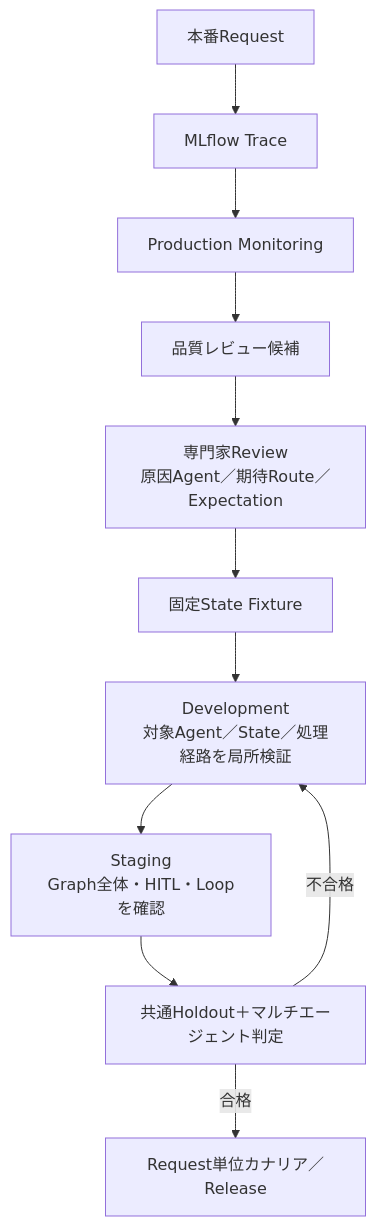
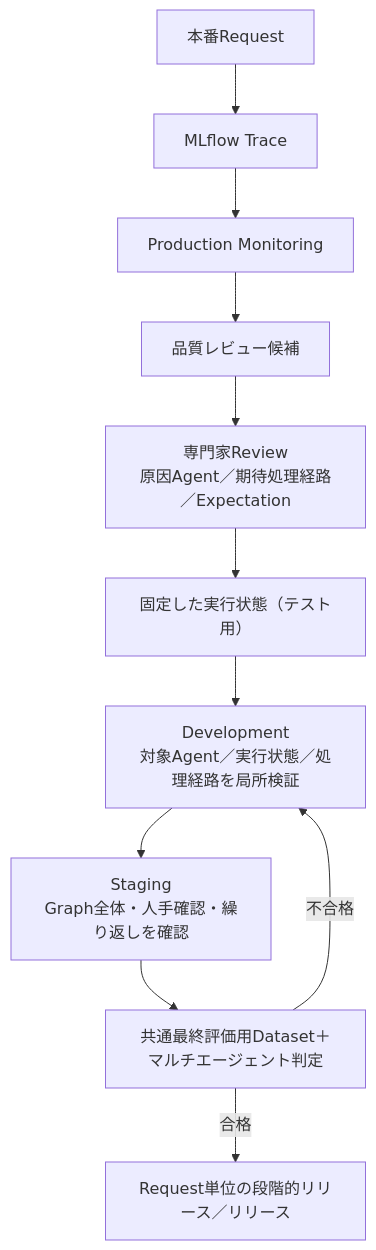
One commit to junTaniguchi/llm_ops changed diagram 18 of 18 in 技術レポート作成マルチエージェント_完成版.md. Above: the diagram before and after it, drawn with Mermaid. The commit also changed other lines of this file, not shown here.

````diff
--- a/技術レポート作成マルチエージェント_完成版.md
+++ b/技術レポート作成マルチエージェント_完成版.md
@@ -2950,13 +3284,13 @@
 ```mermaid
 flowchart TD
     P["本番Request"] --> T["MLflow Trace"]
     T --> M["Production Monitoring"]
     M --> Q["品質レビュー候補"]
-    Q --> R["専門家Review<br/>原因Agent／期待Route／Expectation"]
-    R --> F["固定State Fixture"]
-    F --> D["Development<br/>対象Agent／State／処理経路を局所検証"]
-    D --> S["Staging<br/>Graph全体・HITL・Loopを確認"]
-    S --> G["共通Holdout＋マルチエージェント判定"]
-    G -->|合格| C["Request単位カナリア／Release"]
+    Q --> R["専門家Review<br/>原因Agent／期待処理経路／Expectation"]
+    R --> F["固定した実行状態（テスト用）"]
+    F --> D["Development<br/>対象Agent／実行状態／処理経路を局所検証"]
+    D --> S["Staging<br/>Graph全体・人手確認・繰り返しを確認"]
+    S --> G["共通最終評価用Dataset＋マルチエージェント判定"]
+    G -->|合格| C["Request単位の段階的リリース／リリース"]
     G -->|不合格| D
 ```
````
